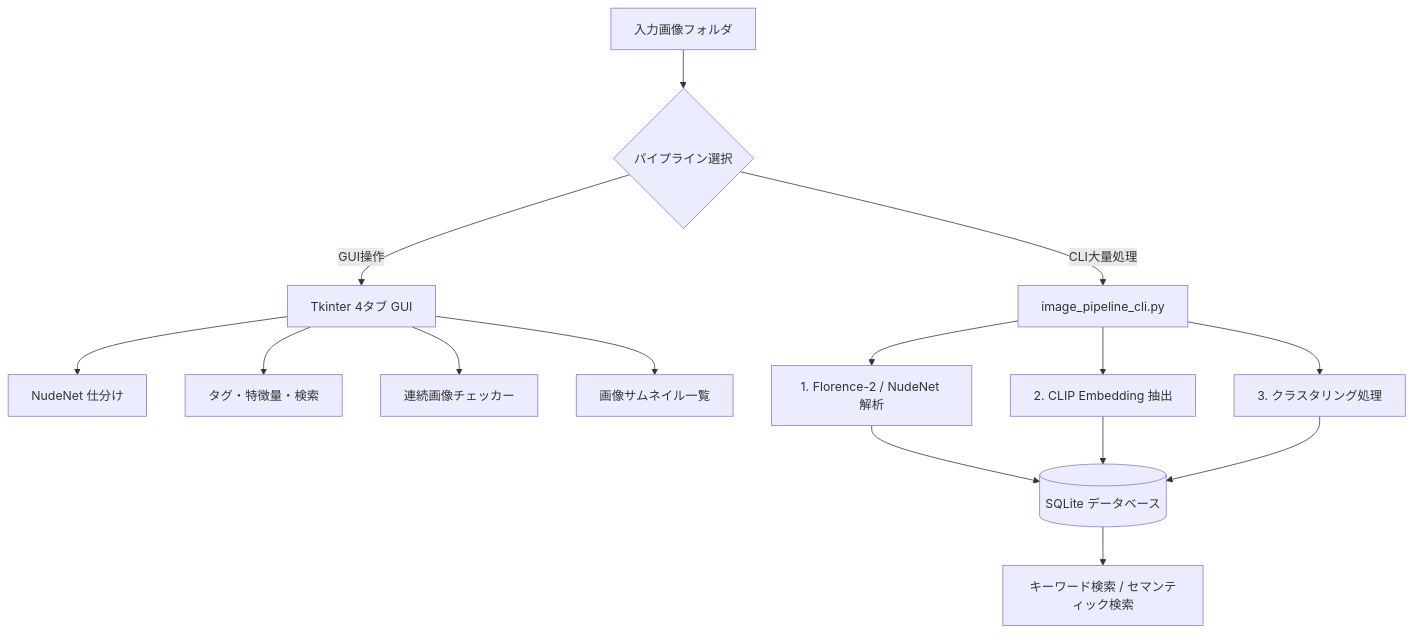
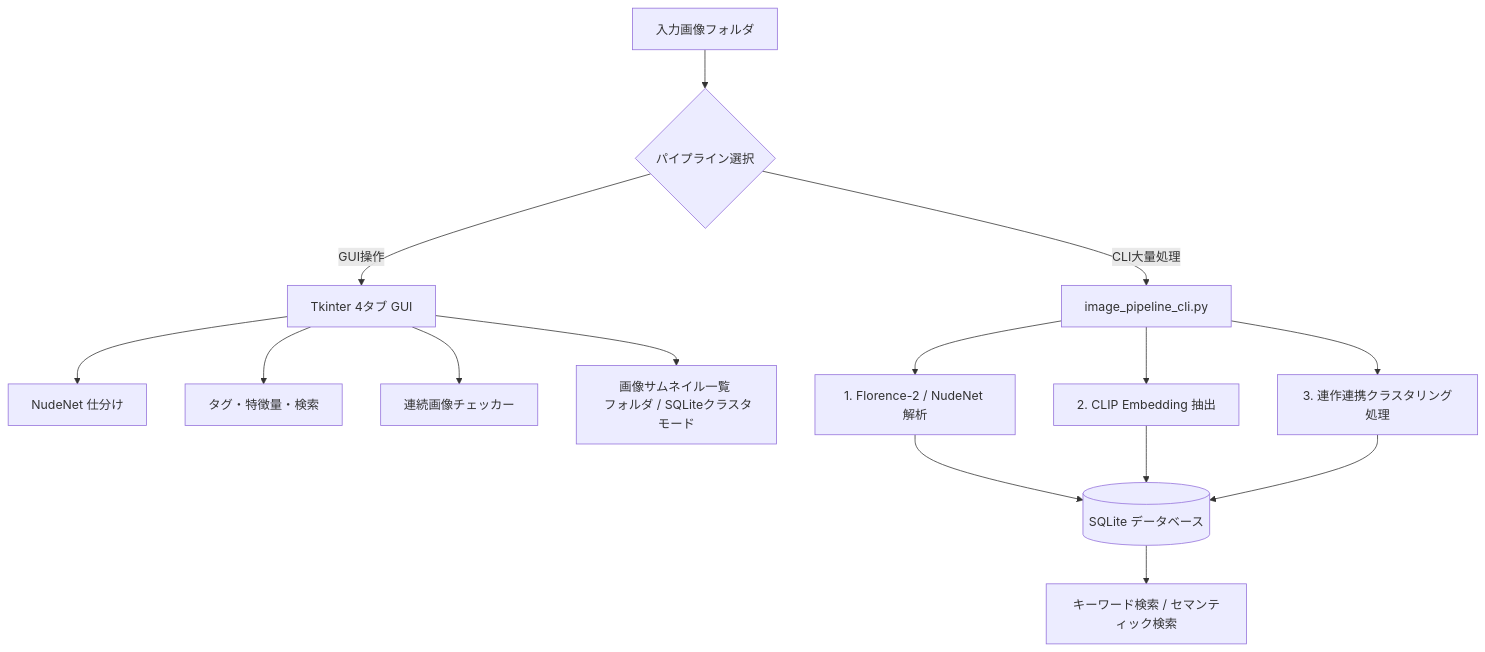
Before and after one commit to himaajinsan/twitter_image_sorter: the first of 2 diagrams in README.md, drawn with Mermaid. The commit also changed other lines of this file and 7 other files, not shown here.

````diff
--- a/README.md
+++ b/README.md
@@ -22,24 +22,24 @@
 ```mermaid
 graph TD
     A[入力画像フォルダ] --> B{パイプライン選択}
     
     %% GUI Pipeline
     B -->|GUI操作| C[Tkinter 4タブ GUI]
     C --> C1[NudeNet 仕分け]
     C --> C2[タグ・特徴量・検索]
     C --> C3[連続画像チェッカー]
-    C --> C4[画像サムネイル一覧]
+    C --> C4[画像サムネイル一覧 <br/> フォルダ / SQLiteクラスタモード]
 
     %% CLI Pipeline
     B -->|CLI大量処理| D[image_pipeline_cli.py]
     D --> E[1. Florence-2 / NudeNet 解析]
     D --> F[2. CLIP Embedding 抽出]
-    D --> G[3. クラスタリング処理]
+    D --> G[3. 連作連携クラスタリング処理]
 
     %% Database & Output
     E --> H[(SQLite データベース)]
     F --> H
     G --> H
     
     H --> I[キーワード検索 / セマンティック検索]
 ```
````
